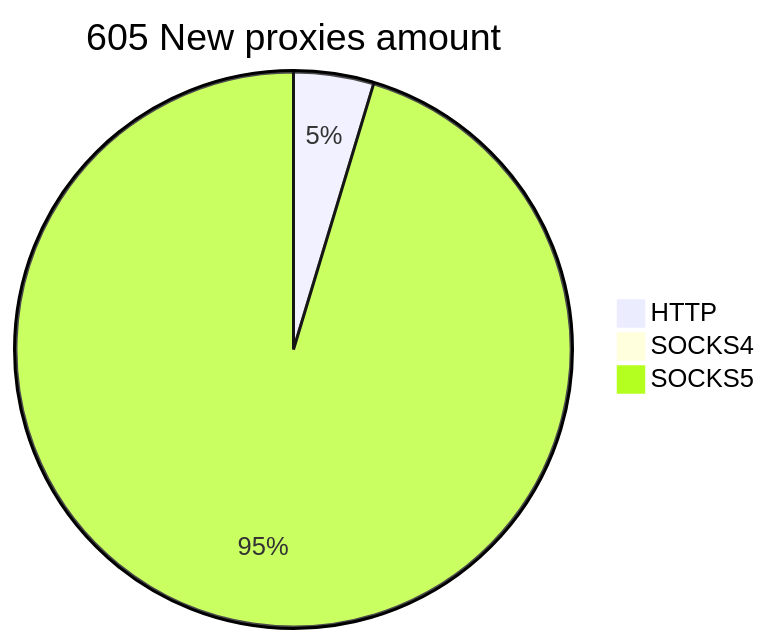
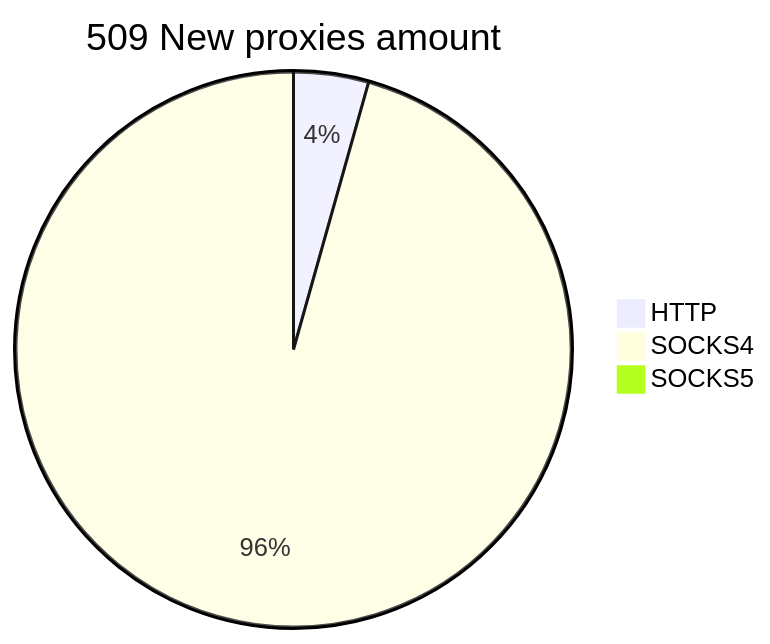
Before and after one commit to cutipu/proxylist: the second of 2 diagrams in README.md, drawn with Mermaid. The commit also changed other lines of this file, not shown here.

````diff
--- a/README.md
+++ b/README.md
@@ -10,6 +10,6 @@
 ```mermaid
-pie title 605 New proxies amount
-    "HTTP" : 63
-    "SOCKS4" : 0
-    "SOCKS5" : 1288
+pie title 509 New proxies amount
+    "HTTP" : 26
+    "SOCKS4" : 570
+    "SOCKS5" : 0
 ```
````
